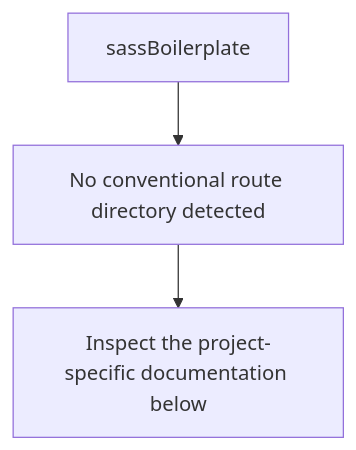
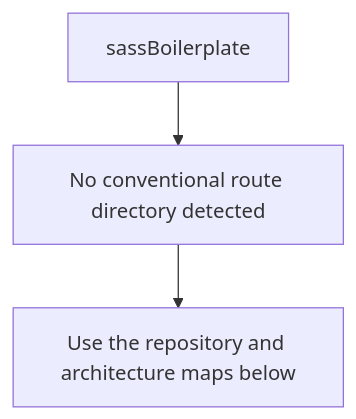
One commit to Nischhalsubba/sassBoilerplate changed the second of 5 diagrams in README.md. Above: the diagram before and after it, drawn with Mermaid. The commit also changed other lines of this file, not shown here.

````diff
--- a/README.md
+++ b/README.md
@@ -45,6 +79,6 @@
 ```mermaid
 flowchart TD
     APP["sassBoilerplate"]
     APP --> SOURCE["No conventional route directory detected"]
-    SOURCE --> VERIFY["Inspect the project-specific documentation below"]
+    SOURCE --> GUIDE["Use the repository and architecture maps below"]
 ```
````
